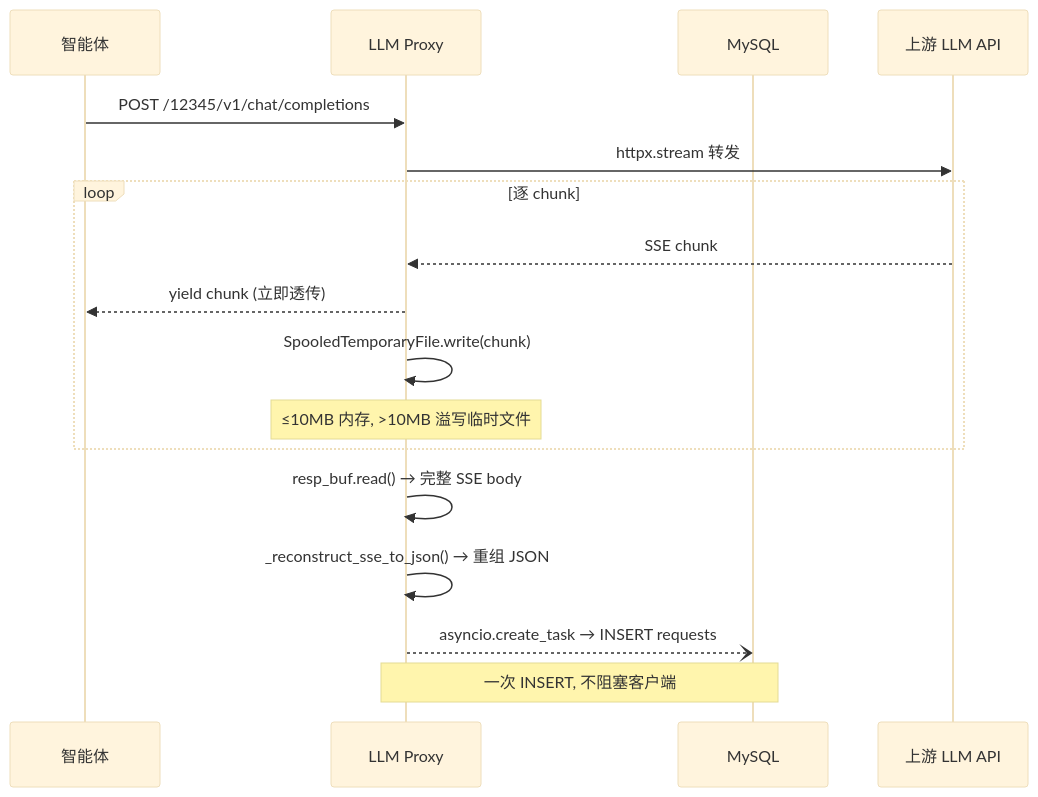
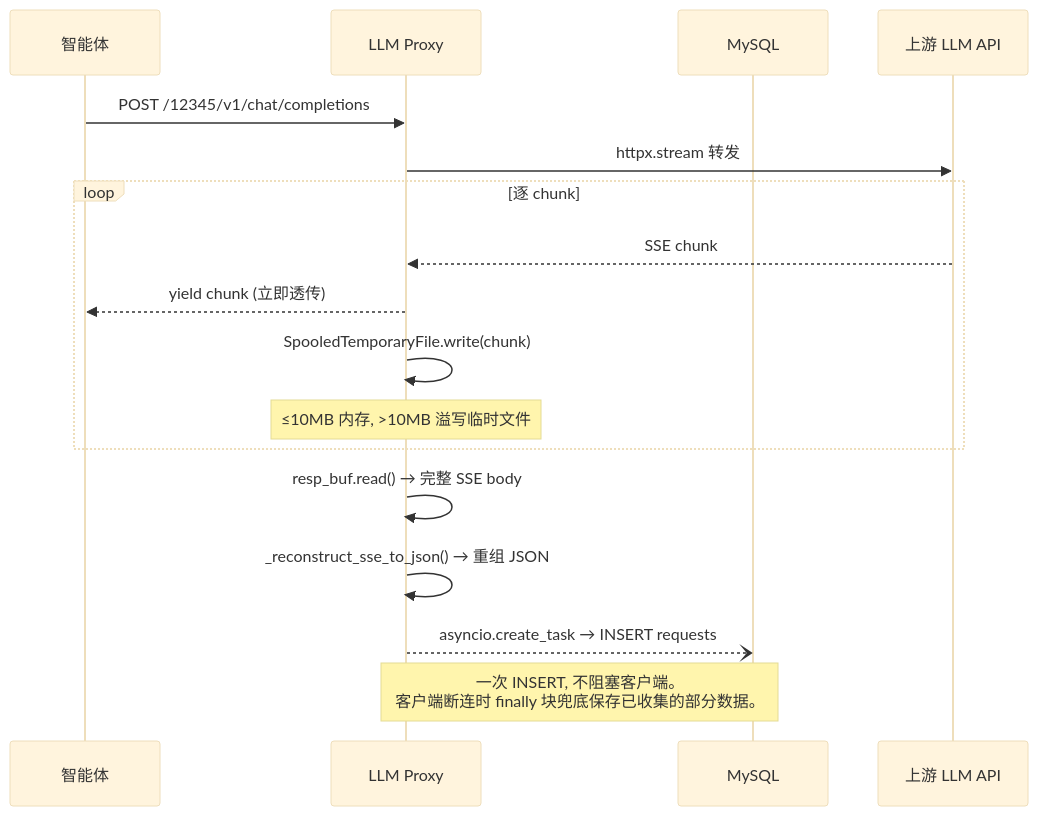
One commit to HaoCheng-Wang/llm-proxy changed the tenth of 30 diagrams in README.md. Above: the diagram before and after it, drawn with Mermaid (base theme). The commit also changed other lines of this file and 20 other files, not shown here.

````diff
--- a/README.md
+++ b/README.md
@@ -610,22 +774,22 @@
 ```mermaid
 sequenceDiagram
     participant C as 智能体
     participant P as LLM Proxy
     participant D as MySQL
     participant U as 上游 LLM API
 
     C->>P: POST /12345/v1/chat/completions
     P->>U: httpx.stream 转发
 
     loop 逐 chunk
         U-->>P: SSE chunk
         P-->>C: yield chunk (立即透传)
         P->>P: SpooledTemporaryFile.write(chunk)
         Note over P: ≤10MB 内存, >10MB 溢写临时文件
     end
 
     P->>P: resp_buf.read() → 完整 SSE body
     P->>P: _reconstruct_sse_to_json() → 重组 JSON
     P--)D: asyncio.create_task → INSERT requests
-    Note over P,D: 一次 INSERT, 不阻塞客户端
+    Note over P,D: 一次 INSERT, 不阻塞客户端。<br/>客户端断连时 finally 块兜底保存已收集的部分数据。
 ```
````
